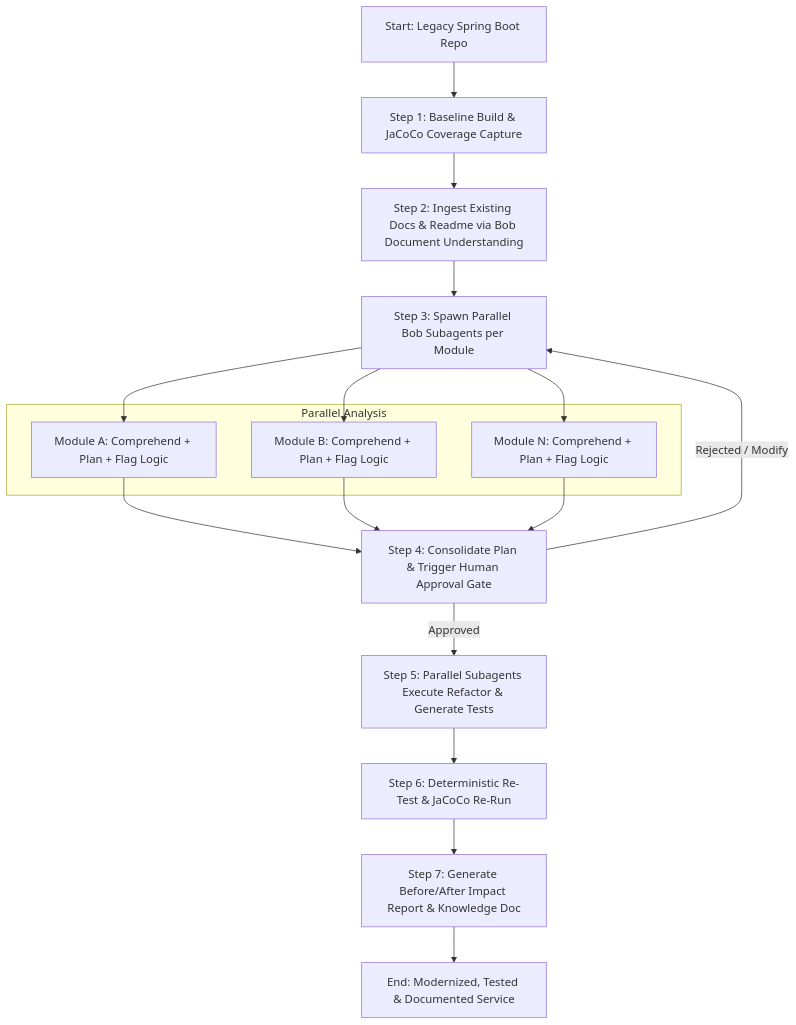
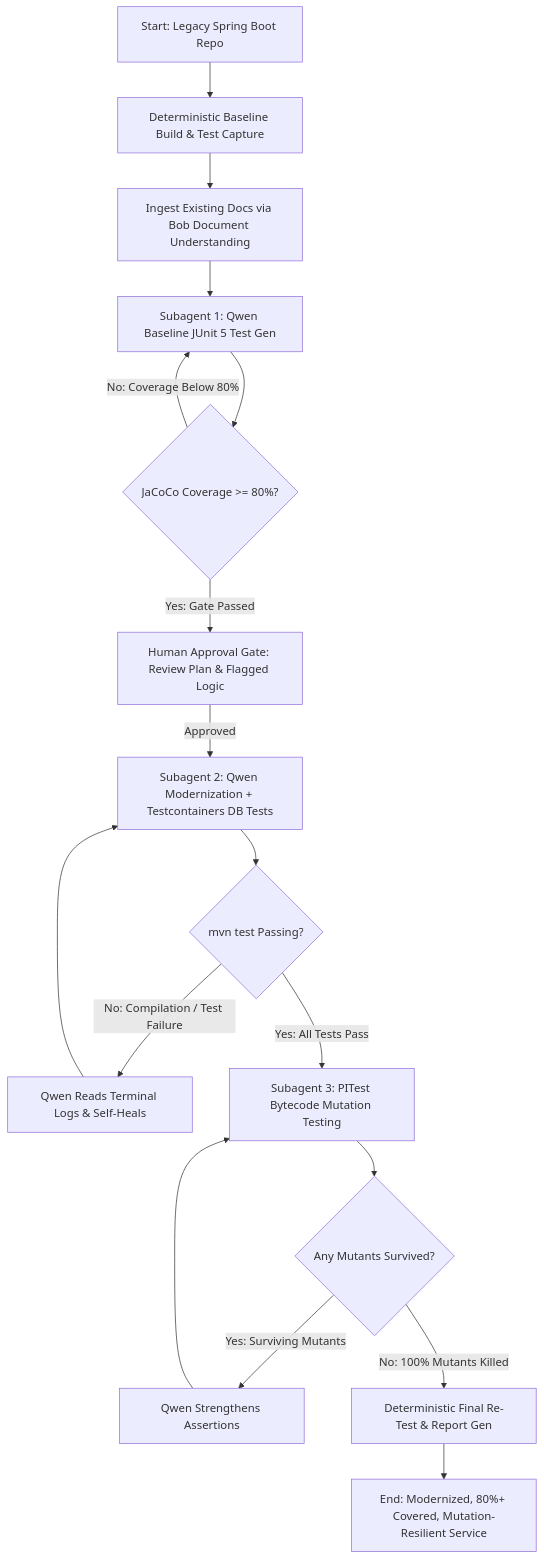
One commit to uday-vashist/SpringPhoenix changed the diagram in docs/prd.md. Above: the diagram before and after it, drawn with Mermaid. The commit also changed other lines of this file and 2 other files, not shown here.

````diff
--- a/docs/prd.md
+++ b/docs/prd.md
@@ -82,18 +92,19 @@
 ```mermaid
 flowchart TD
-    A[Start: Legacy Spring Boot Repo] --> B[Step 1: Baseline Build & JaCoCo Coverage Capture]
-    B --> C[Step 2: Ingest Existing Docs & Readme via Bob Document Understanding]
-    C --> D[Step 3: Spawn Parallel Bob Subagents per Module]
-    subgraph ParallelSubagents [Parallel Analysis]
-        D1[Module A: Comprehend + Plan + Flag Logic]
-        D2[Module B: Comprehend + Plan + Flag Logic]
-        D3[Module N: Comprehend + Plan + Flag Logic]
-    end
-    D --> D1 & D2 & D3
-    D1 & D2 & D3 --> E[Step 4: Consolidate Plan & Trigger Human Approval Gate]
-    E -->|Approved| F[Step 5: Parallel Subagents Execute Refactor & Generate Tests]
-    E -->|Rejected / Modify| D
-    F --> G[Step 6: Deterministic Re-Test & JaCoCo Re-Run]
-    G --> H[Step 7: Generate Before/After Impact Report & Knowledge Doc]
-    H --> I[End: Modernized, Tested & Documented Service]
+    A[Start: Legacy Spring Boot Repo] --> B[Deterministic Baseline Build & Test Capture]
+    B --> C[Ingest Existing Docs via Bob Document Understanding]
+    C --> D[Subagent 1: Qwen Baseline JUnit 5 Test Gen]
+    D --> E{JaCoCo Coverage >= 80%?}
+    E -->|No: Coverage Below 80%| D
+    E -->|Yes: Gate Passed| F[Human Approval Gate: Review Plan & Flagged Logic]
+    F -->|Approved| G[Subagent 2: Qwen Modernization + Testcontainers DB Tests]
+    G --> H{mvn test Passing?}
+    H -->|No: Compilation / Test Failure| I[Qwen Reads Terminal Logs & Self-Heals]
+    I --> G
+    H -->|Yes: All Tests Pass| J[Subagent 3: PITest Bytecode Mutation Testing]
+    J --> K{Any Mutants Survived?}
+    K -->|Yes: Surviving Mutants| L[Qwen Strengthens Assertions]
+    L --> J
+    K -->|No: 100% Mutants Killed| M[Deterministic Final Re-Test & Report Gen]
+    M --> N[End: Modernized, 80%+ Covered, Mutation-Resilient Service]
 ```
````
